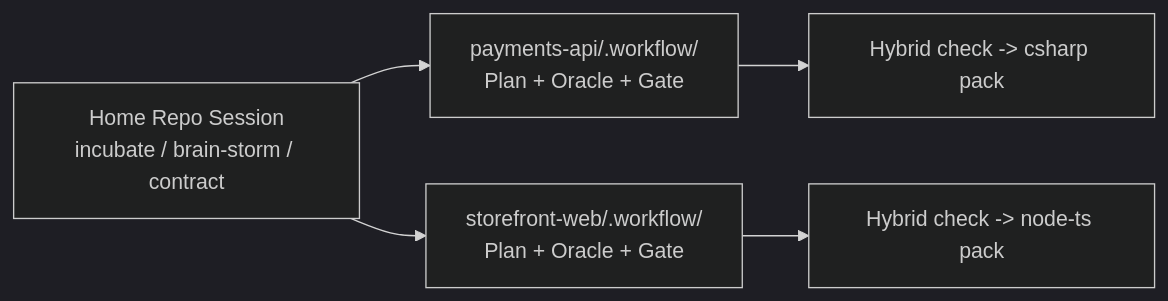
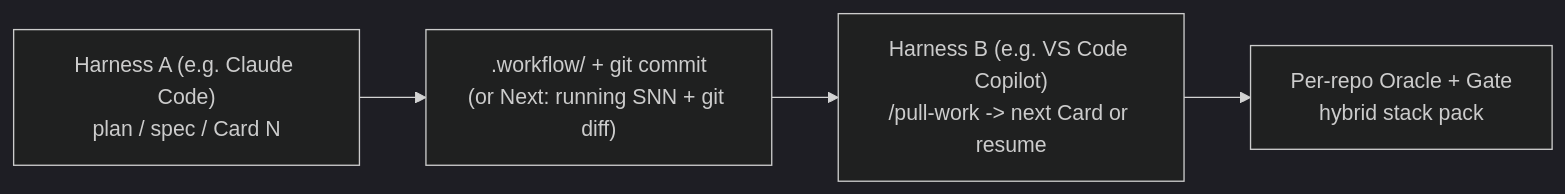
The second of 2 diagrams in .workflow/incubations/home-repo-workflow.md (smikelson75/Personal.Workflow), drawn with Mermaid (dark theme) before and after one commit. The commit also changed other lines of this file, not shown here.

Commit message:
docs(workflow): incubate home-repo-workflow

````diff
--- a/.workflow/incubations/home-repo-workflow.md
+++ b/.workflow/incubations/home-repo-workflow.md
@@ -41,7 +55,6 @@
 ```mermaid
 flowchart LR
-    Home["Home Repo Session<br/>incubate / brain-storm / contract"] --> P1["payments-api/.workflow/<br/>Plan + Oracle + Gate"]
-    Home --> P2["storefront-web/.workflow/<br/>Plan + Oracle + Gate"]
-    P1 --> S1["Hybrid check -> csharp pack"]
-    P2 --> S2["Hybrid check -> node-ts pack"]
+    A["Harness A (e.g. Claude Code)<br/>plan / spec / Card N"] --> Baton[".workflow/ + git commit<br/>(or Next: running SNN + git diff)"]
+    Baton --> B["Harness B (e.g. VS Code Copilot)<br/>/pull-work -> next Card or resume"]
+    B --> Gate["Per-repo Oracle + Gate<br/>hybrid stack pack"]
 ```
````
